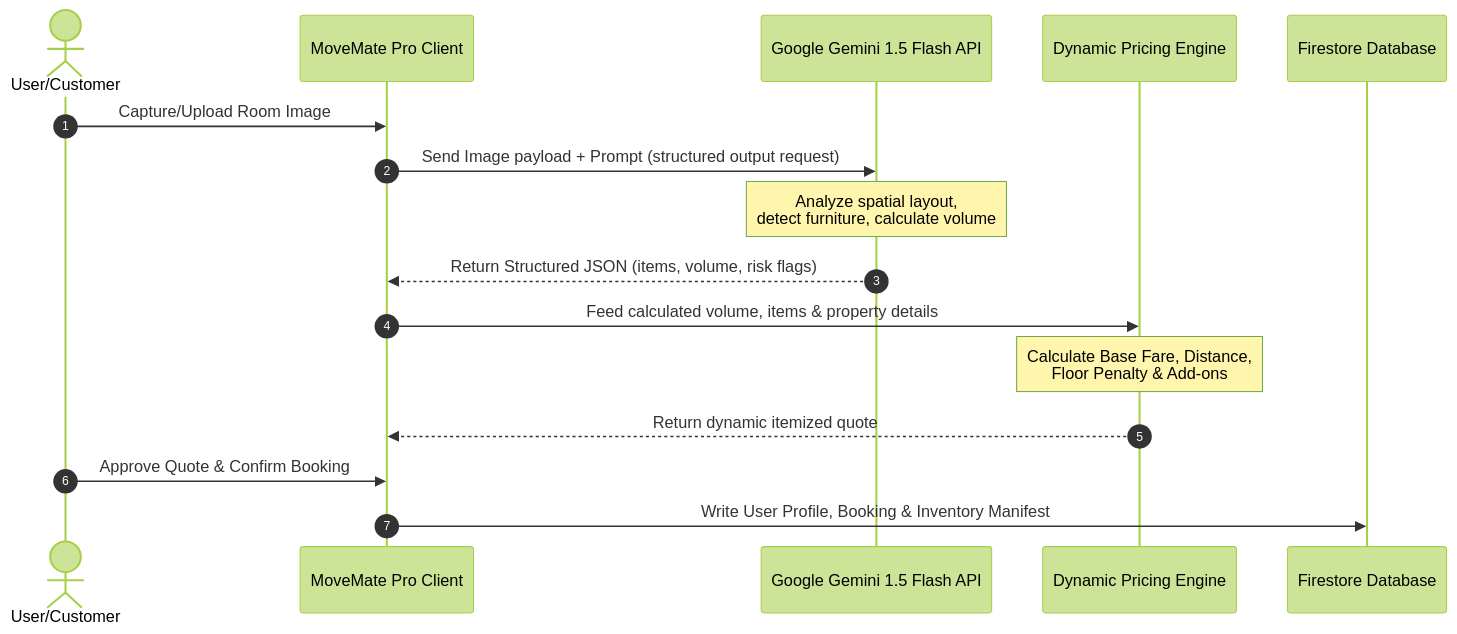
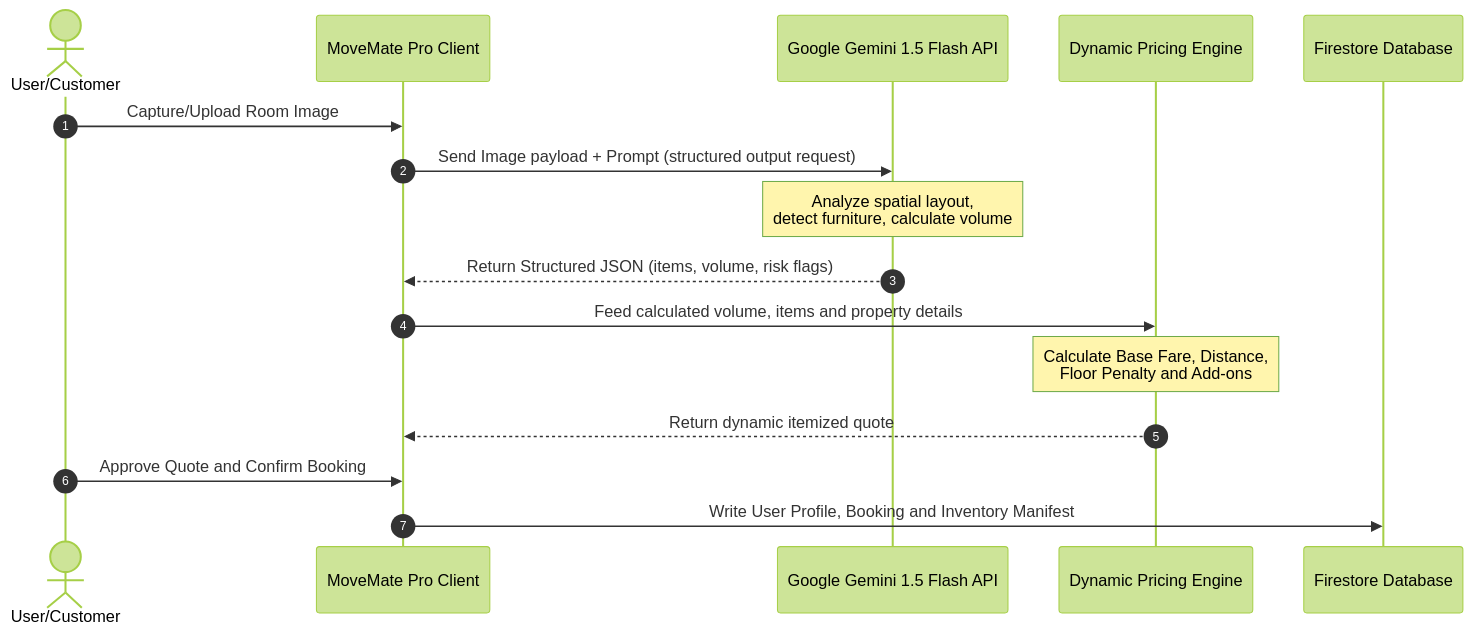
Before and after one commit to ashrafatoosa-cmyk/FINAL-PROJECT-of-Applied-AI-Engineering: the second of 2 diagrams in README.md, drawn with Mermaid (forest theme).

Commit message:
fix: correct Mermaid diagram syntax for GitHub rendering

````diff
--- a/README.md
+++ b/README.md
@@ -77,19 +77,19 @@
 ```mermaid
 sequenceDiagram
     autonumber
     actor User as User/Customer
     participant App as MoveMate Pro Client
     participant Gemini as Google Gemini 1.5 Flash API
     participant Price as Dynamic Pricing Engine
     participant DB as Firestore Database
 
     User->>App: Capture/Upload Room Image
     App->>Gemini: Send Image payload + Prompt (structured output request)
-    Note over Gemini: Analyze spatial layout,<br/>detect furniture, calculate volume
+    Note over Gemini: Analyze spatial layout,<br>detect furniture, calculate volume
     Gemini-->>App: Return Structured JSON (items, volume, risk flags)
-    App->>Price: Feed calculated volume, items & property details
-    Note over Price: Calculate Base Fare, Distance,<br/>Floor Penalty & Add-ons
+    App->>Price: Feed calculated volume, items and property details
+    Note over Price: Calculate Base Fare, Distance,<br>Floor Penalty and Add-ons
     Price-->>App: Return dynamic itemized quote
-    User->>App: Approve Quote & Confirm Booking
-    App->>DB: Write User Profile, Booking & Inventory Manifest
+    User->>App: Approve Quote and Confirm Booking
+    App->>DB: Write User Profile, Booking and Inventory Manifest
 ```
````
